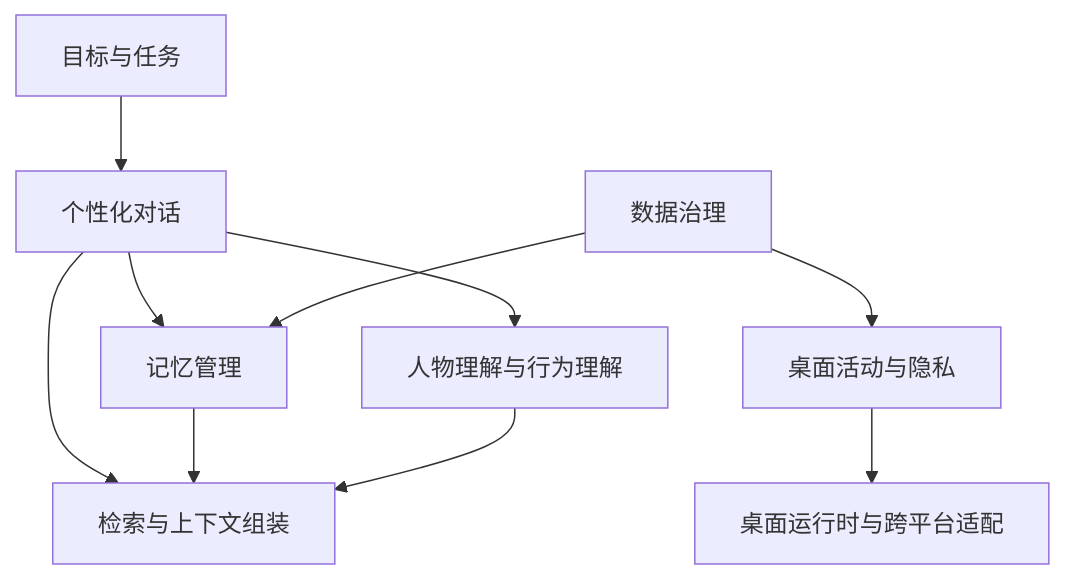
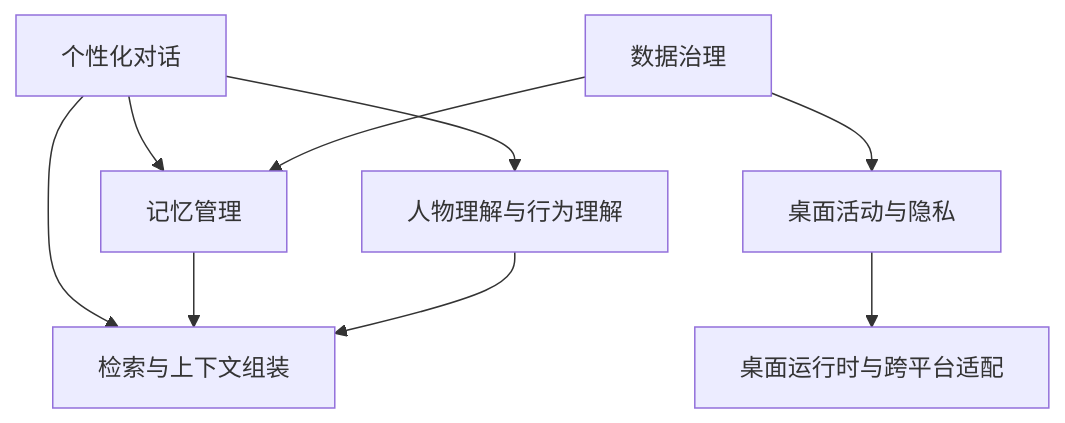
The first of 4 diagrams in doc/模块说明文档.md (ddll8023/ai-companion-V2), drawn with Mermaid before and after one commit. The commit also changed other lines of this file and 51 other files, not shown here.

````diff
--- a/doc/模块说明文档.md
+++ b/doc/模块说明文档.md
@@ -447,12 +418,11 @@
 ```mermaid
 flowchart TD
     CHAT[个性化对话] --> RETR[检索与上下文组装]
     CHAT --> MEM[记忆管理]
     CHAT --> PER[人物理解与行为理解]
     MEM --> RETR
     PER --> RETR
     ACT[桌面活动与隐私] --> PLAT[桌面运行时与跨平台适配]
-    GOAL[目标与任务] --> CHAT
     GOV[数据治理] --> MEM
     GOV --> ACT
 ```
````
